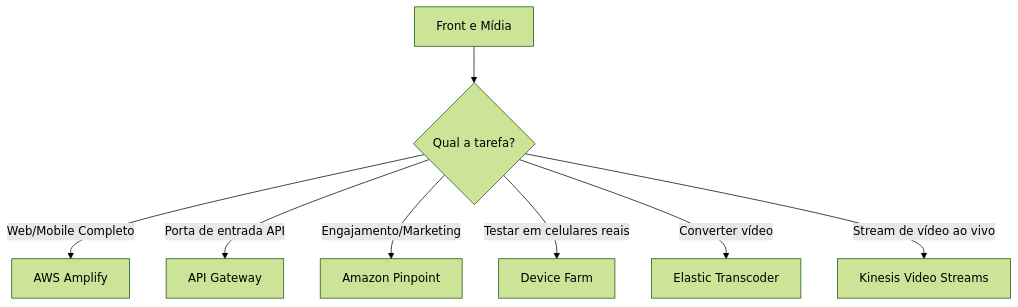
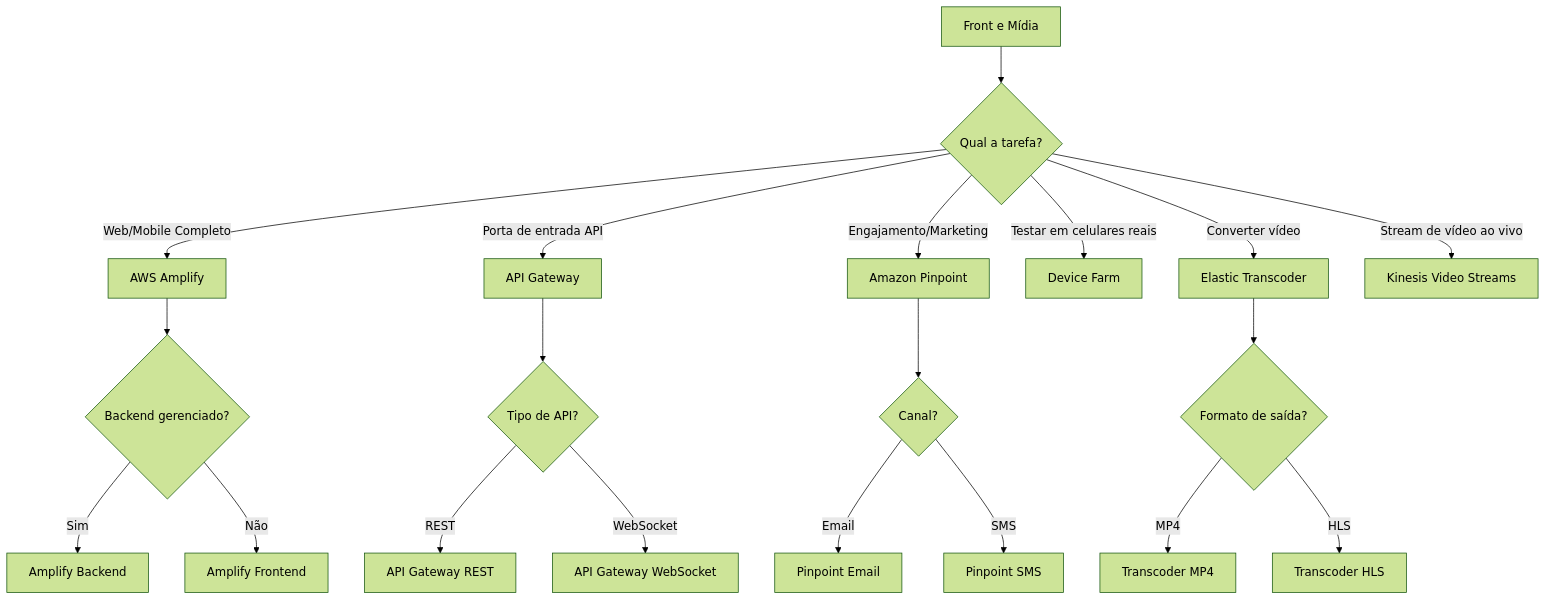
One commit to marcelooliveira/flashcards-aws changed the sixth of 10 diagrams in FlashCards/Web/wwwroot/minimal/decision-trees-aws-services.md. Above: the diagram before and after it, drawn with Mermaid (forest theme). The commit also changed other lines of this file, not shown here.

````diff
--- a/FlashCards/Web/wwwroot/minimal/decision-trees-aws-services.md
+++ b/FlashCards/Web/wwwroot/minimal/decision-trees-aws-services.md
@@ -74,10 +160,22 @@
 ```mermaid
 graph TD
     A[Front e Mídia] --> B{Qual a tarefa?}
     B -- Web/Mobile Completo --> C[AWS Amplify]
+    C --> C1{Backend gerenciado?}
+    C1 -- Sim --> C2[Amplify Backend]
+    C1 -- Não --> C3[Amplify Frontend]
     B -- Porta de entrada API --> D[API Gateway]
+    D --> D1{Tipo de API?}
+    D1 -- REST --> D2[API Gateway REST]
+    D1 -- WebSocket --> D3[API Gateway WebSocket]
     B -- Engajamento/Marketing --> E[Amazon Pinpoint]
+    E --> E1{Canal?}
+    E1 -- Email --> E2[Pinpoint Email]
+    E1 -- SMS --> E3[Pinpoint SMS]
     B -- Testar em celulares reais --> F[Device Farm]
     B -- Converter vídeo --> G[Elastic Transcoder]
+    G --> G1{Formato de saída?}
+    G1 -- MP4 --> G2[Transcoder MP4]
+    G1 -- HLS --> G3[Transcoder HLS]
     B -- Stream de vídeo ao vivo --> H[Kinesis Video Streams]
 ```
````
